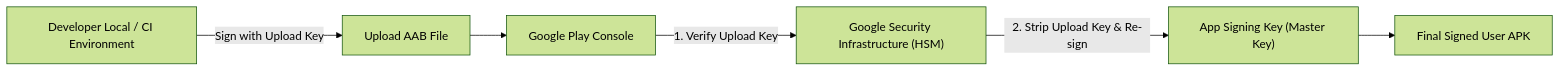
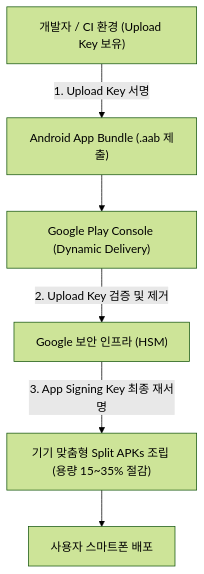
One commit to youngmin-gwon/what-i-studied changed the diagram in 01_inbox/mobile/android/03_packaging_deployment/distribution/release-distribution-contracts/play-app-signing-separates-upload-key-and-app-signing-key.md. Above: the diagram before and after it, drawn with Mermaid (forest theme). The commit also changed other lines of this file and 10 other files, not shown here.

````diff
--- a/01_inbox/mobile/android/03_packaging_deployment/distribution/release-distribution-contracts/play-app-signing-separates-upload-key-and-app-signing-key.md
+++ b/01_inbox/mobile/android/03_packaging_deployment/distribution/release-distribution-contracts/play-app-signing-separates-upload-key-and-app-signing-key.md
@@ -28,8 +27,8 @@
 ```mermaid
-flowchart LR
-    DevMachine["Developer Local / CI Environment"] -->|Sign with Upload Key| UploadAAB["Upload AAB File"]
-    UploadAAB --> PlayConsole["Google Play Console"]
-    PlayConsole -->|1. Verify Upload Key| HSM["Google Security Infrastructure (HSM)"]
-    HSM -->|2. Strip Upload Key & Re-sign| AppKey["App Signing Key (Master Key)"]
-    AppKey --> DistAPK["Final Signed User APK"]
+graph TD
+    DevMachine["개발자 / CI 환경 (Upload Key 보유)"] -->|1. Upload Key 서명| AAB["Android App Bundle (.aab 제출)"]
+    AAB --> PlayConsole["Google Play Console (Dynamic Delivery)"]
+    PlayConsole -->|2. Upload Key 검증 및 제거| HSM["Google 보안 인프라 (HSM)"]
+    HSM -->|3. App Signing Key 최종 재서명| SplitAPKs["기기 맞춤형 Split APKs 조립 (용량 15~35% 절감)"]
+    SplitAPKs --> UserDevice["사용자 스마트폰 배포"]
 ```
````
